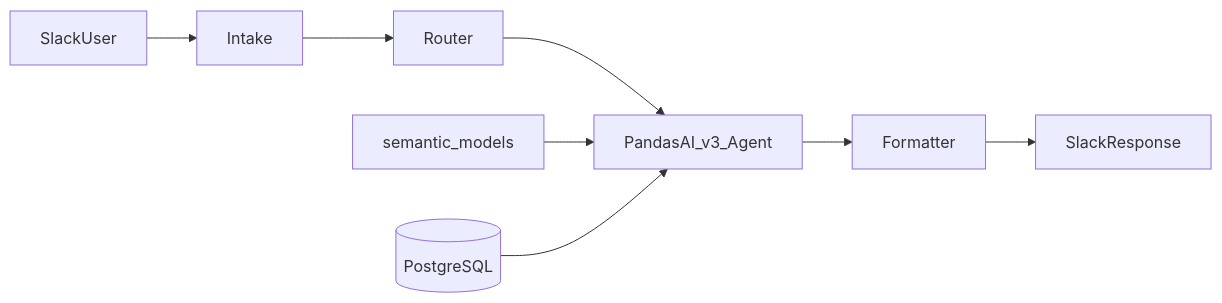
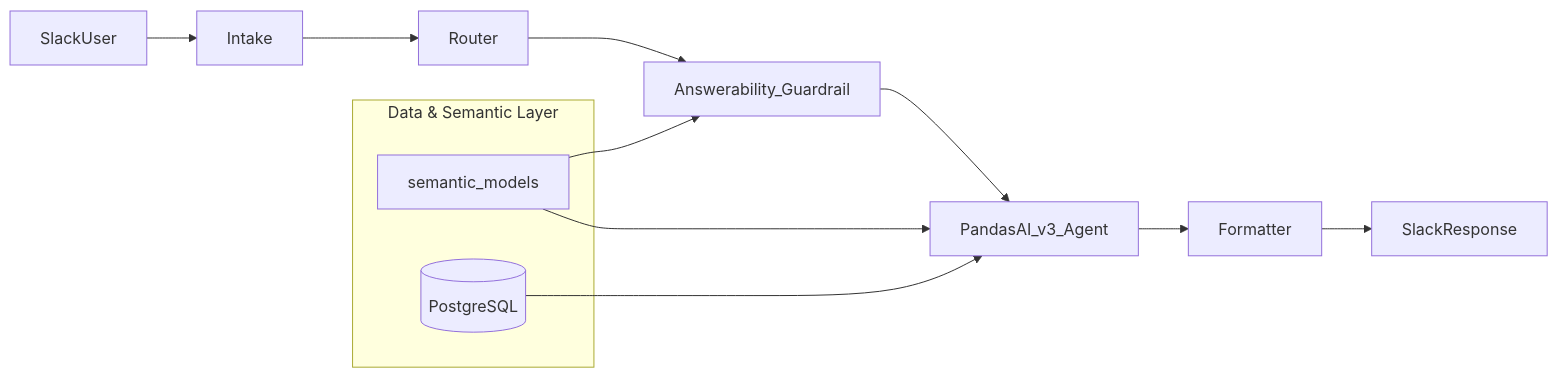
Before and after one commit to Sri-Bandhakavi/talk-to-data-slackbot: the diagram in README.md, drawn with Mermaid. The commit also changed other lines of this file and 5 other files, not shown here.

````diff
--- a/README.md
+++ b/README.md
@@ -100,19 +111,25 @@
 ```mermaid
 flowchart LR
     slackUser[SlackUser]
     intake[Intake]
     router[Router]
+    guardrail[Answerability_Guardrail]
     agent[PandasAI_v3_Agent]
     formatter[Formatter]
     slackOut[SlackResponse]
-    pg[(PostgreSQL)]
-    semantic[semantic_models]
+
+    subgraph dataSemantic [Data & Semantic Layer]
+        semantic[semantic_models]
+        pg[(PostgreSQL)]
+    end
 
     slackUser --> intake
     intake --> router
-    router --> agent
+    router --> guardrail
+    guardrail --> agent
     agent --> formatter
     formatter --> slackOut
+    semantic --> guardrail
     semantic --> agent
     pg --> agent
 ```
````
